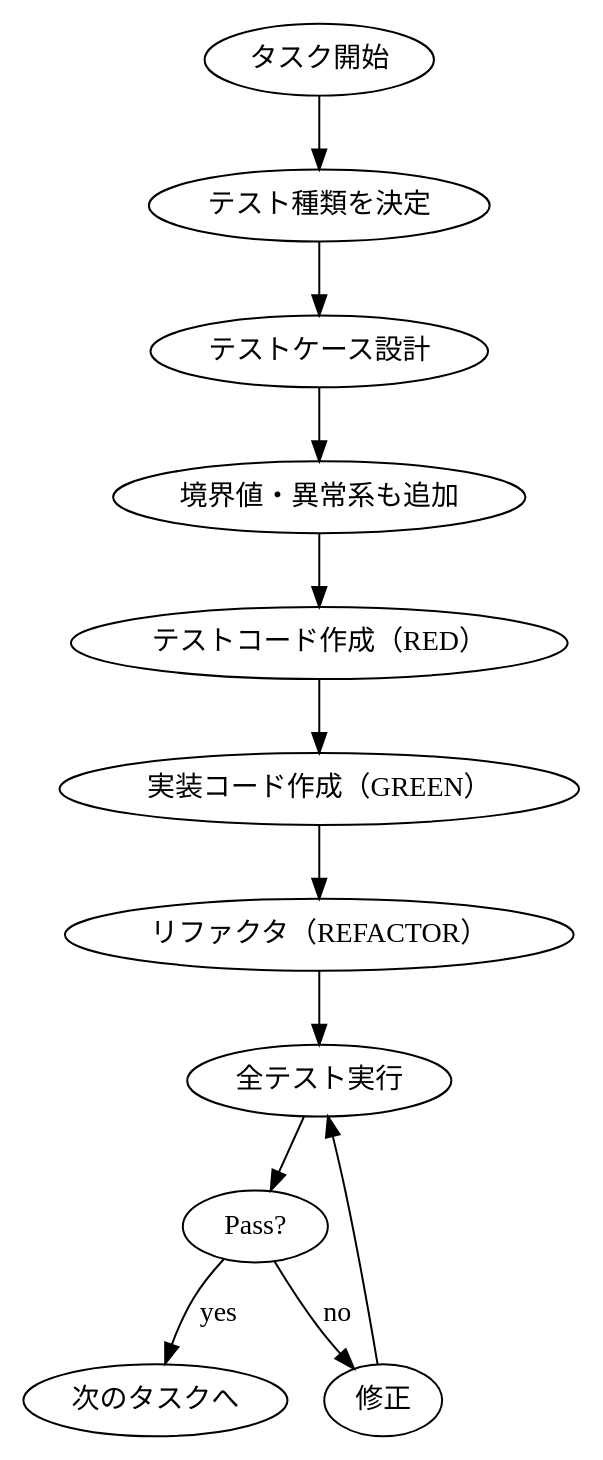
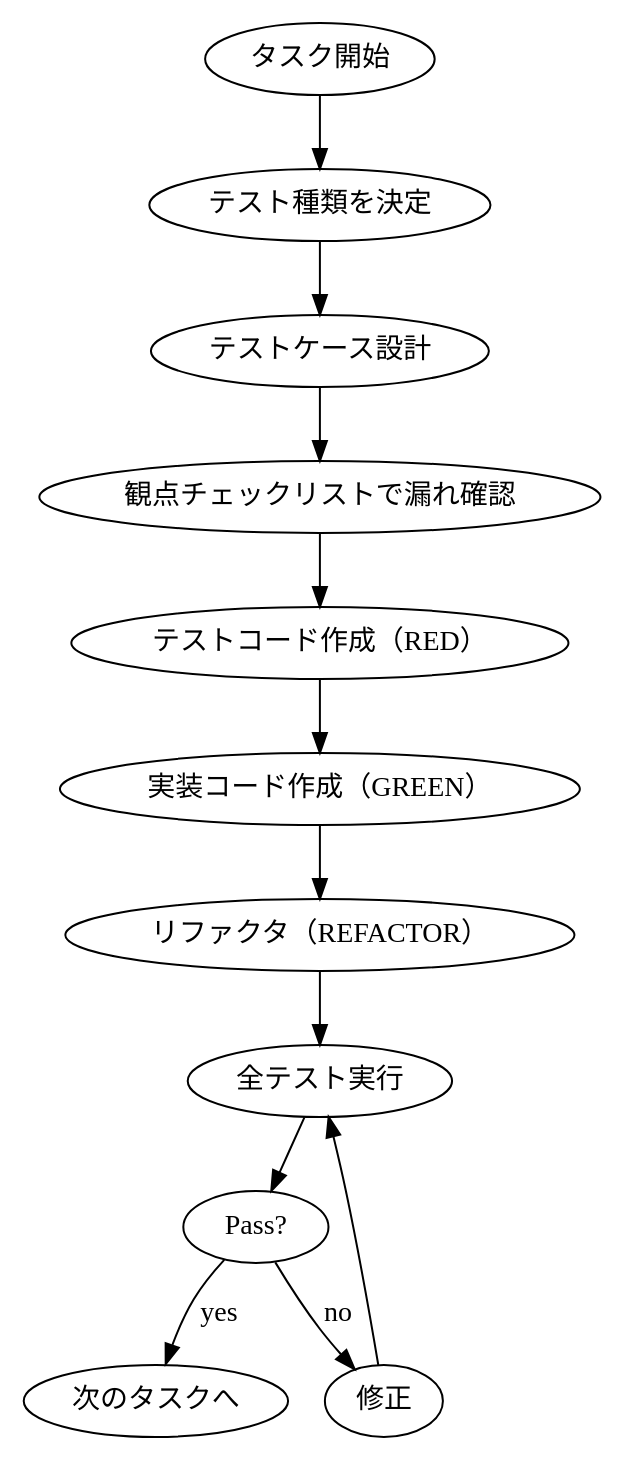
The third of 3 diagrams in skills/testing/SKILL.md (tasai-lab/fractal-dev-workflow), drawn with Graphviz before and after one commit. The commit also changed other lines of this file and 4 other files, not shown here.

````diff
--- a/skills/testing/SKILL.md
+++ b/skills/testing/SKILL.md
@@ -282,15 +440,15 @@
 ```dot
 digraph test_flow {
     "タスク開始" -> "テスト種類を決定";
     "テスト種類を決定" -> "テストケース設計";
-    "テストケース設計" -> "境界値・異常系も追加";
-    "境界値・異常系も追加" -> "テストコード作成（RED）";
+    "テストケース設計" -> "観点チェックリストで漏れ確認";
+    "観点チェックリストで漏れ確認" -> "テストコード作成（RED）";
     "テストコード作成（RED）" -> "実装コード作成（GREEN）";
     "実装コード作成（GREEN）" -> "リファクタ（REFACTOR）";
     "リファクタ（REFACTOR）" -> "全テスト実行";
     "全テスト実行" -> "Pass?" [shape=diamond];
     "Pass?" -> "次のタスクへ" [label="yes"];
     "Pass?" -> "修正" [label="no"];
     "修正" -> "全テスト実行";
 }
 ```
````
